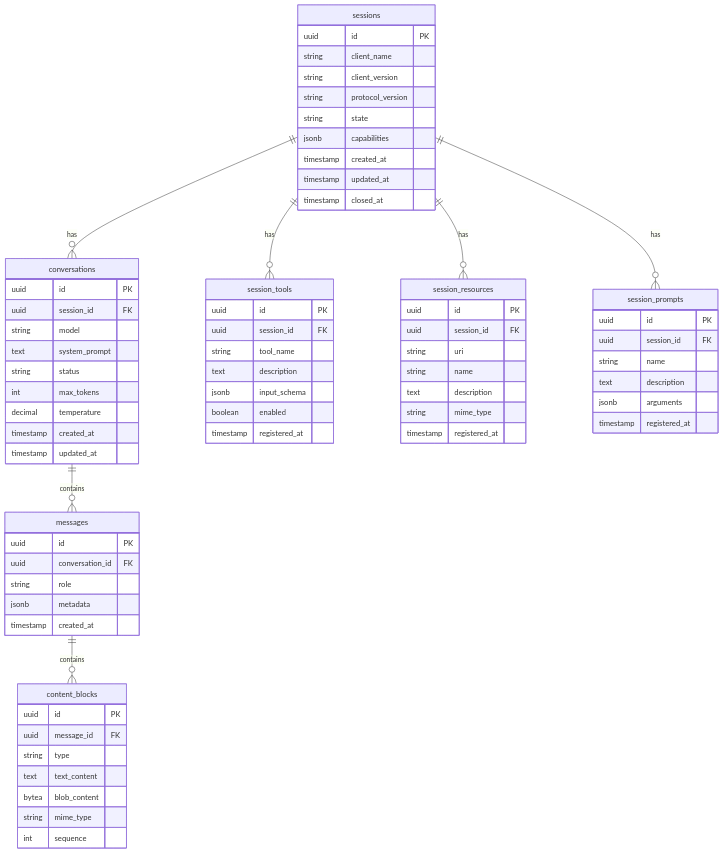
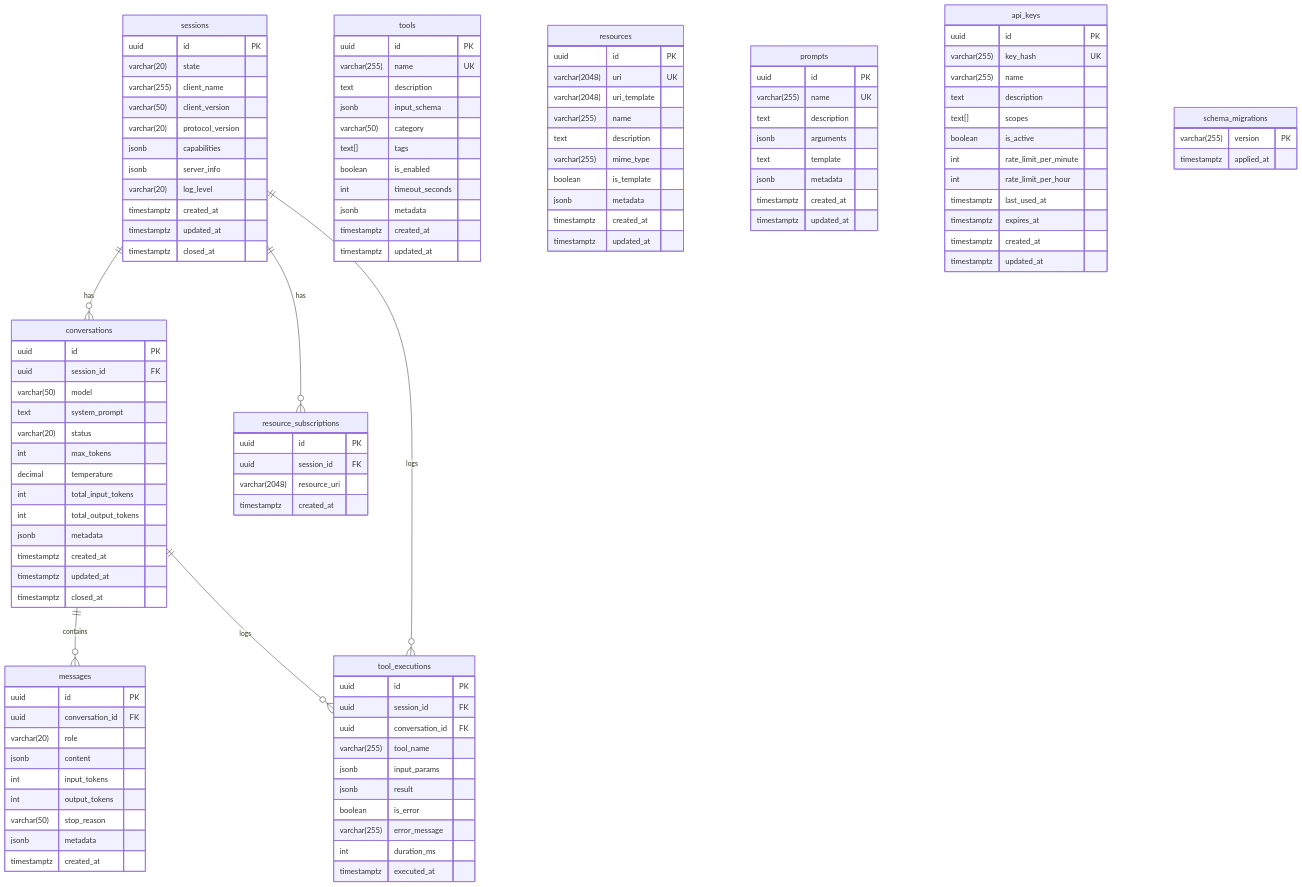
The sixth of 8 diagrams in docs/ERD.md (telemetryflow/telemetryflow-go-mcp), drawn with Mermaid before and after one commit. The commit also changed other lines of this file and 65 other files, not shown here.

````diff
--- a/docs/ERD.md
+++ b/docs/ERD.md
@@ -306,80 +308,128 @@
 ```mermaid
 erDiagram
     sessions ||--o{ conversations : has
-    sessions ||--o{ session_tools : has
-    sessions ||--o{ session_resources : has
-    sessions ||--o{ session_prompts : has
+    sessions ||--o{ resource_subscriptions : has
+    sessions ||--o{ tool_executions : logs
     conversations ||--o{ messages : contains
-    messages ||--o{ content_blocks : contains
+    conversations ||--o{ tool_executions : logs
 
     sessions {
         uuid id PK
-        string client_name
-        string client_version
-        string protocol_version
-        string state
+        varchar(20) state
+        varchar(255) client_name
+        varchar(50) client_version
+        varchar(20) protocol_version
         jsonb capabilities
-        timestamp created_at
-        timestamp updated_at
-        timestamp closed_at
+        jsonb server_info
+        varchar(20) log_level
+        timestamptz created_at
+        timestamptz updated_at
+        timestamptz closed_at
     }
 
     conversations {
         uuid id PK
         uuid session_id FK
-        string model
+        varchar(50) model
         text system_prompt
-        string status
+        varchar(20) status
         int max_tokens
         decimal temperature
-        timestamp created_at
-        timestamp updated_at
+        int total_input_tokens
+        int total_output_tokens
+        jsonb metadata
+        timestamptz created_at
+        timestamptz updated_at
+        timestamptz closed_at
     }
 
     messages {
         uuid id PK
         uuid conversation_id FK
-        string role
+        varchar(20) role
+        jsonb content
+        int input_tokens
+        int output_tokens
+        varchar(50) stop_reason
         jsonb metadata
-        timestamp created_at
+        timestamptz created_at
     }
 
-    content_blocks {
+    tools {
         uuid id PK
-        uuid message_id FK
-        string type
-        text text_content
-        bytea blob_content
-        string mime_type
-        int sequence
+        varchar(255) name UK
+        text description
+        jsonb input_schema
+        varchar(50) category
+        text[] tags
+        boolean is_enabled
+        int timeout_seconds
+        jsonb metadata
+        timestamptz created_at
+        timestamptz updated_at
     }
 
-    session_tools {
+    resources {
+        uuid id PK
+        varchar(2048) uri UK
+        varchar(2048) uri_template
+        varchar(255) name
+        text description
+        varchar(255) mime_type
+        boolean is_template
+        jsonb metadata
+        timestamptz created_at
+        timestamptz updated_at
+    }
+
+    prompts {
+        uuid id PK
+        varchar(255) name UK
+        text description
+        jsonb arguments
+        text template
+        jsonb metadata
+        timestamptz created_at
+        timestamptz updated_at
+    }
+
+    resource_subscriptions {
         uuid id PK
         uuid session_id FK
-        string tool_name
-        text description
-        jsonb input_schema
-        boolean enabled
-        timestamp registered_at
+        varchar(2048) resource_uri
+        timestamptz created_at
     }
 
-    session_resources {
+    tool_executions {
         uuid id PK
         uuid session_id FK
-        string uri
-        string name
-        text description
-        string mime_type
-        timestamp registered_at
+        uuid conversation_id FK
+        varchar(255) tool_name
+        jsonb input_params
+        jsonb result
+        boolean is_error
+        varchar(255) error_message
+        int duration_ms
+        timestamptz executed_at
     }
 
-    session_prompts {
+    api_keys {
         uuid id PK
-        uuid session_id FK
-        string name
+        varchar(255) key_hash UK
+        varchar(255) name
         text description
-        jsonb arguments
-        timestamp registered_at
+        text[] scopes
+        boolean is_active
+        int rate_limit_per_minute
+        int rate_limit_per_hour
+        timestamptz last_used_at
+        timestamptz expires_at
+        timestamptz created_at
+        timestamptz updated_at
+    }
+
+    schema_migrations {
+        varchar(255) version PK
+        timestamptz applied_at
     }
 ```
````
